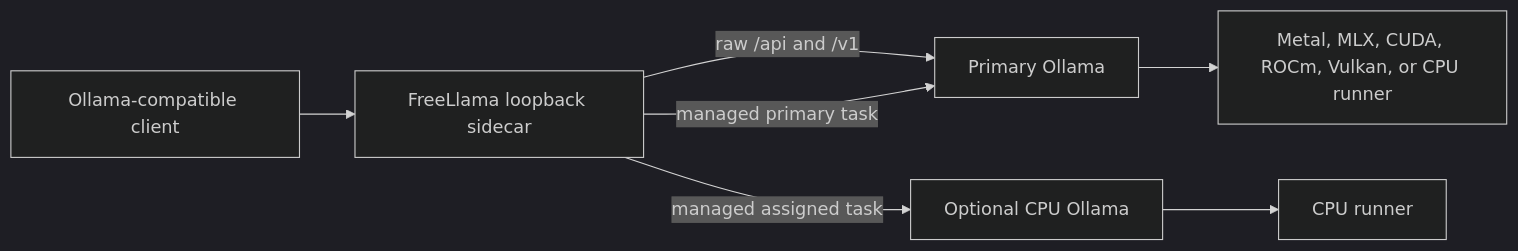
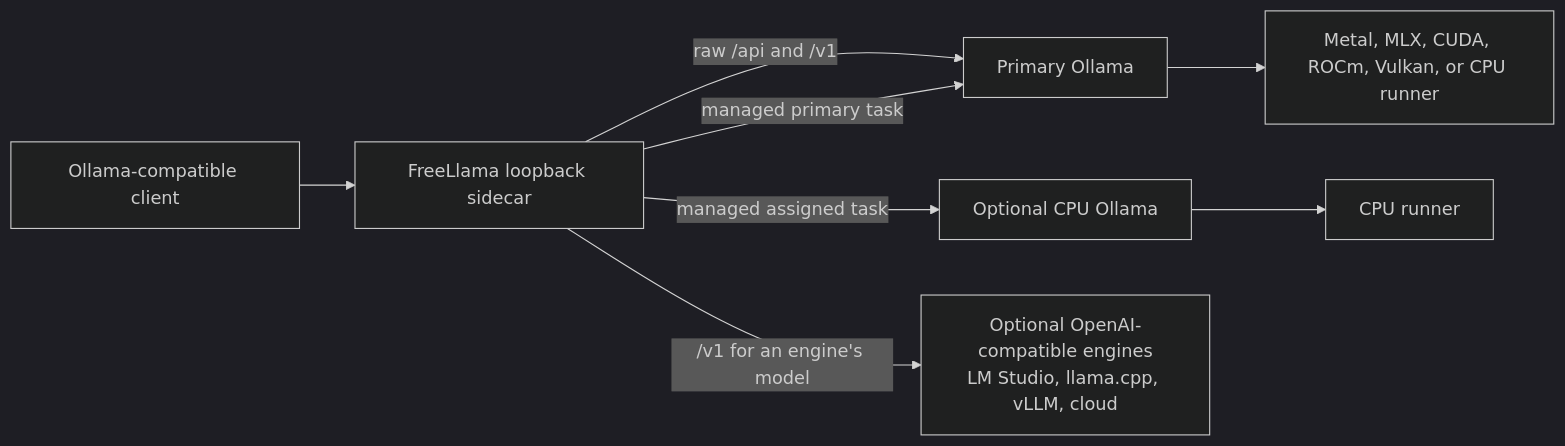
Before and after one commit to bgauryy/FreeLlama: the first of 9 diagrams in docs/ARCHITECTURE.md, drawn with Mermaid (dark theme). The commit also changed other lines of this file and 146 other files, not shown here.

````diff
--- a/docs/ARCHITECTURE.md
+++ b/docs/ARCHITECTURE.md
@@ -42,9 +42,10 @@
 ```mermaid
 flowchart LR
     C["Ollama-compatible client"] --> F["FreeLlama loopback sidecar"]
     F -->|"raw /api and /v1"| G["Primary Ollama"]
     F -->|"managed primary task"| G
     F -->|"managed assigned task"| U["Optional CPU Ollama"]
+    F -->|"/v1 for an engine's model"| O["Optional OpenAI-compatible engines<br/>LM Studio, llama.cpp, vLLM, cloud"]
     G --> E["Metal, MLX, CUDA, ROCm, Vulkan, or CPU runner"]
     U --> E2["CPU runner"]
 ```
````
